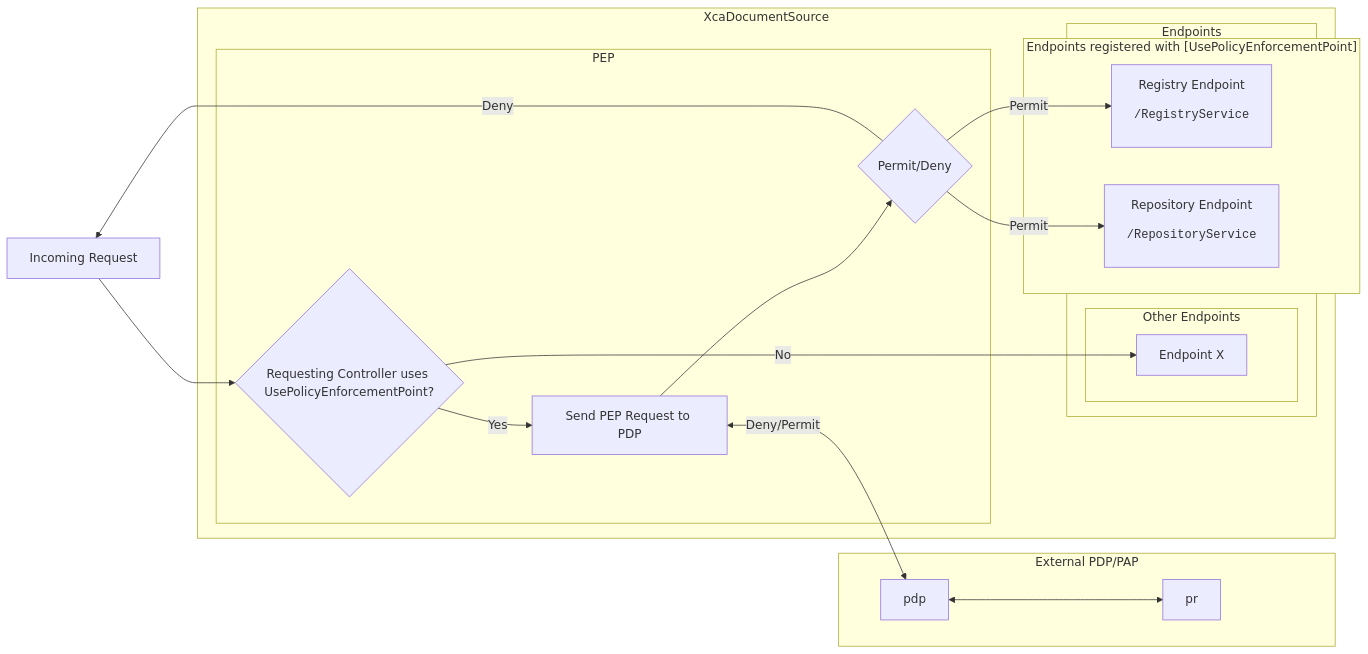
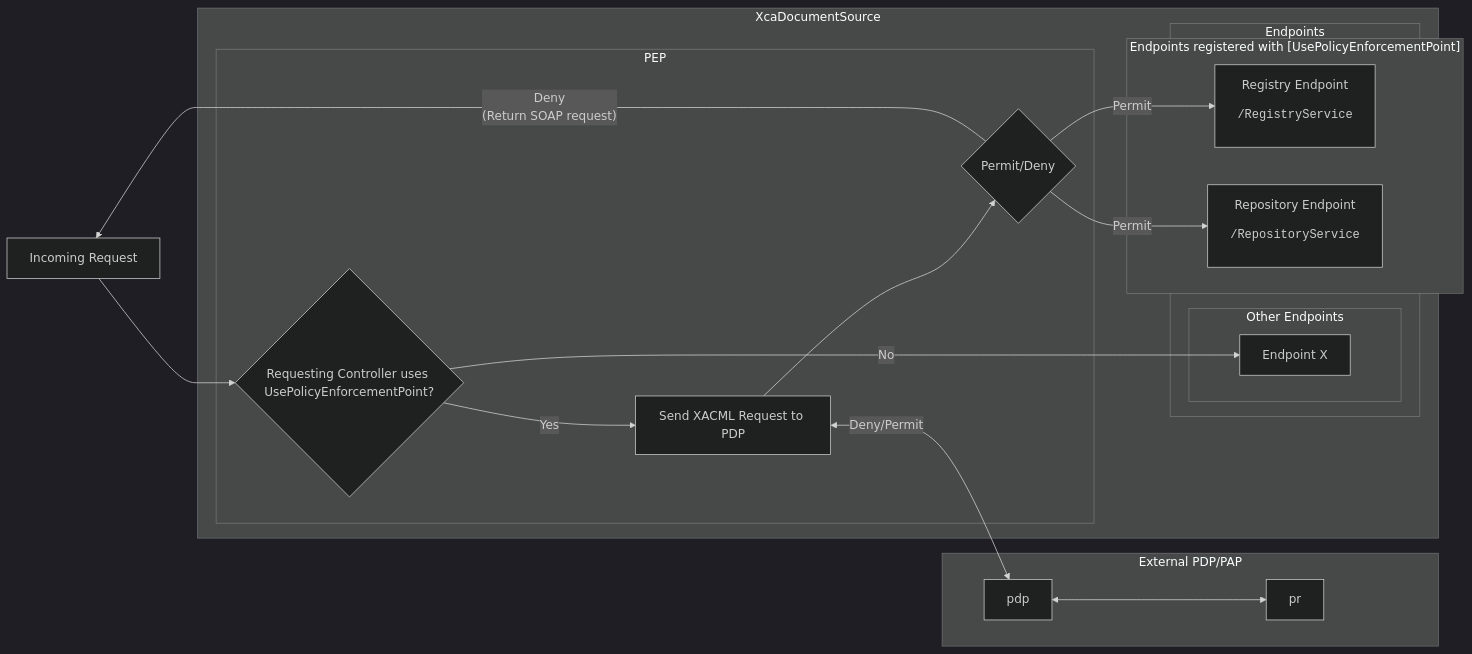
Before and after one commit to timmo-nhn/XcaDocumentSource: the diagram in Docs/PolicyEnforcementPoint.md, drawn with Mermaid. The commit also changed other lines of this file and 3 other files, not shown here.

Commit message:
dark theme on mermaid diagrams

````diff
--- a/Docs/PolicyEnforcementPoint.md
+++ b/Docs/PolicyEnforcementPoint.md
@@ -9,45 +14,47 @@
 ```mermaid
+%%{init: {'theme':'dark'}}%%
+
 flowchart LR
 
 incomingrequest[Incoming Request]
 
 subgraph "External PDP/PAP"
     pdp 
     pr
 end
 
 subgraph "XcaDocumentSource"
     subgraph "PEP"
         pep{Requesting Controller uses UsePolicyEnforcementPoint?}
-        sendpeprequest[Send PEP Request to PDP]
+        sendpeprequest[Send XACML Request to PDP]
         permitdeny{Permit/Deny}
 
     end
     
     subgraph "Endpoints"
         subgraph "Other Endpoints"
             epx[Endpoint X]
         end
         subgraph "Endpoints registered with [UsePolicyEnforcementPoint]"
             regep[Registry Endpoint<br><pre>/RegistryService</pre>]
             repep[Repository Endpoint<br><pre>/RepositoryService</pre>]
 
         end
     end
 
 end
 incomingrequest-->pep
 
 pep -- Yes --> sendpeprequest
 pep -- No --> epx
 
 sendpeprequest <--Deny/Permit--> pdp
 
 pdp <--> pr
 
 sendpeprequest-->permitdeny
-permitdeny --Deny--> incomingrequest
+permitdeny --Deny<br>(Return SOAP request)--> incomingrequest
 permitdeny --Permit-->regep
 permitdeny --Permit-->repep
 
 ```
````
